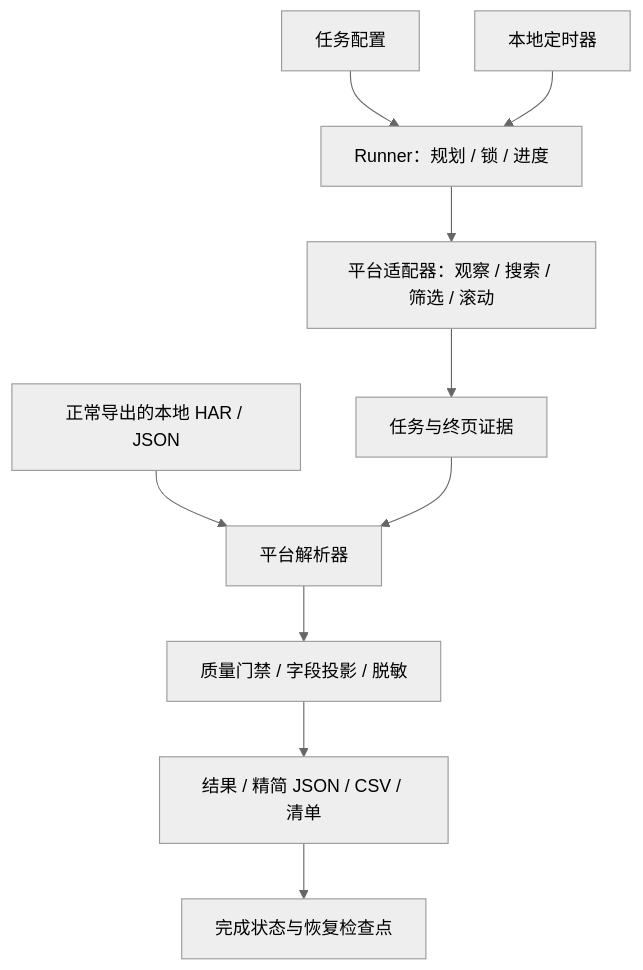
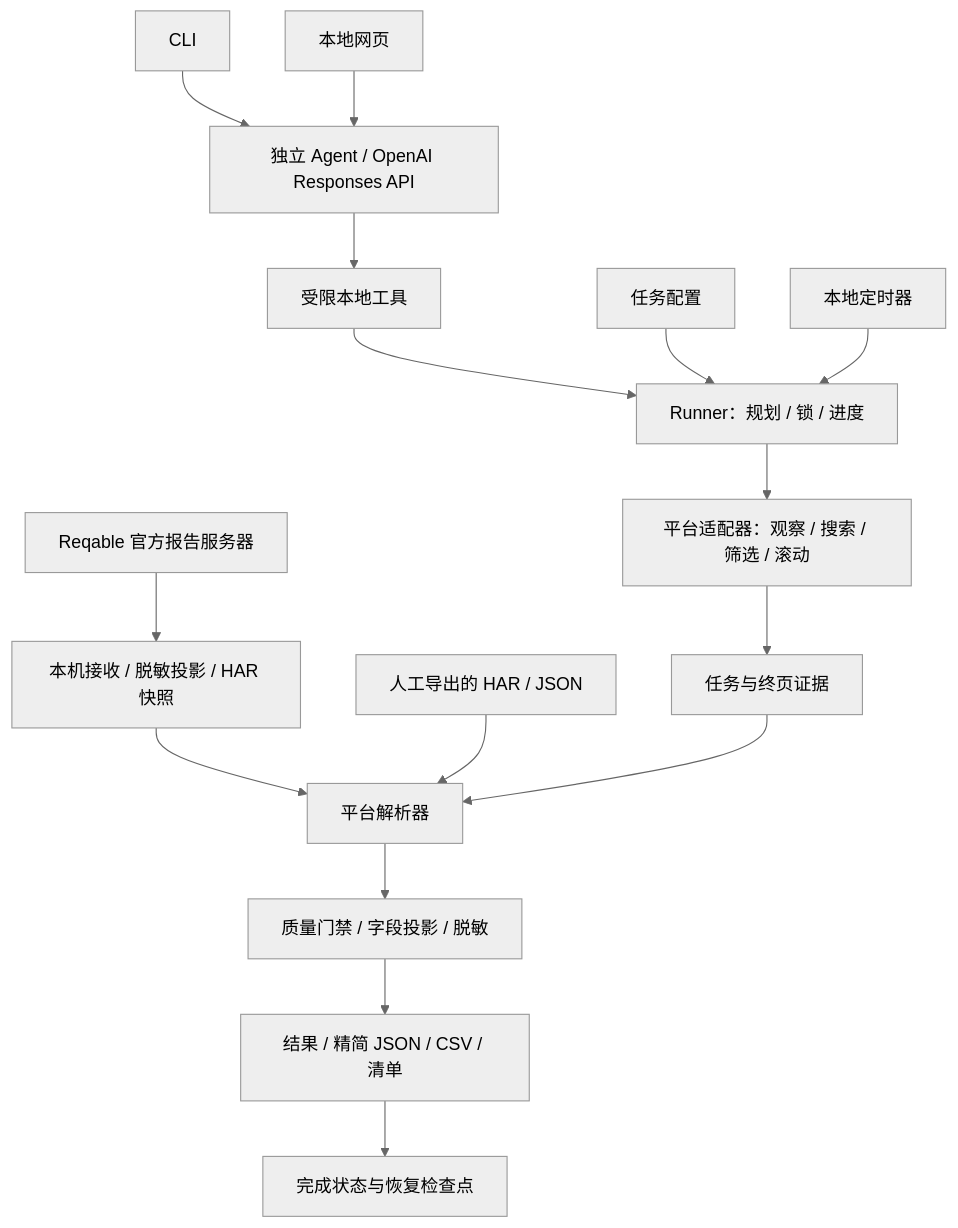
One commit to cloudcollection/groupbuy-agent changed the first of 2 diagrams in README.md. Above: the diagram before and after it, drawn with Mermaid (neutral theme). The commit also changed other lines of this file and 38 other files, not shown here.

Commit message:
Release standalone Agent, automatic HAR and redesigned local dashboard

````diff
--- a/README.md
+++ b/README.md
@@ -24,12 +64,18 @@
 ```mermaid
 flowchart TD
+    CLI[CLI] --> A[独立 Agent / OpenAI Responses API]
+    WEB[本地网页] --> A
+    A --> F[受限本地工具]
+    F --> R
     C[任务配置] --> R[Runner：规划 / 锁 / 进度]
     R --> U[平台适配器：观察 / 搜索 / 筛选 / 滚动]
     U --> E[任务与终页证据]
-    L[正常导出的本地 HAR / JSON] --> P[平台解析器]
+    REPORT[Reqable 官方报告服务器] --> CAP[本机接收 / 脱敏投影 / HAR 快照]
+    CAP --> P[平台解析器]
+    L[人工导出的 HAR / JSON] --> P
     E --> P
     P --> Q[质量门禁 / 字段投影 / 脱敏]
     Q --> X[结果 / 精简 JSON / CSV / 清单]
     X --> S[完成状态与恢复检查点]
     T[本地定时器] --> R
 ```
````
